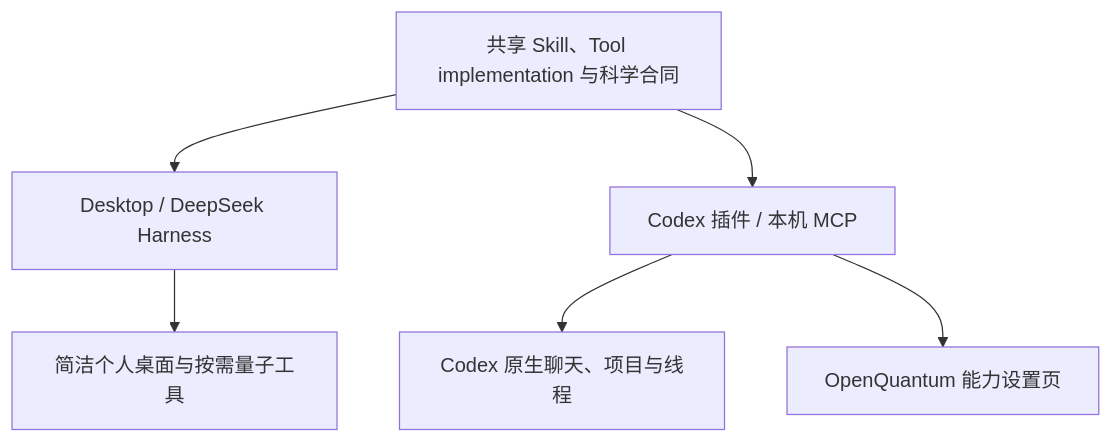
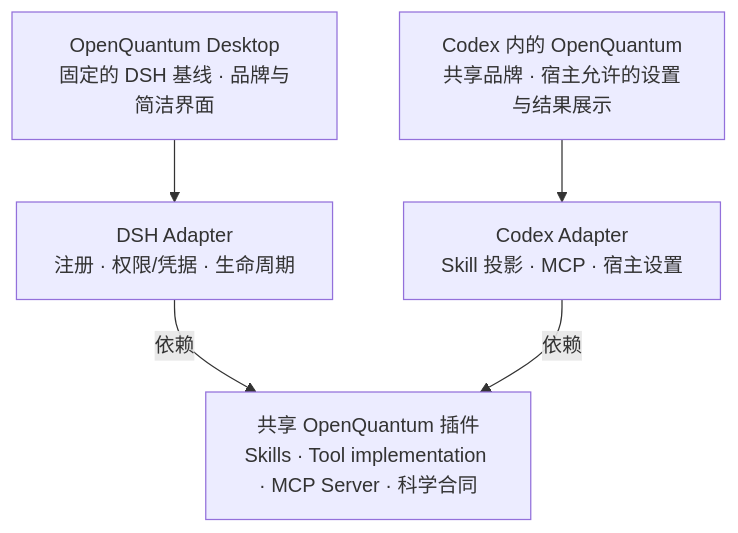
The first of 2 diagrams in docs/README.md (xi-zhao/OpenQuantum), drawn with Mermaid before and after one commit. The commit also changed other lines of this file and 126 other files, not shown here.

````diff
--- a/docs/README.md
+++ b/docs/README.md
@@ -19,8 +20,10 @@
 ```mermaid
 flowchart TB
-  S[共享 Skill、Tool implementation 与科学合同] --> D[Desktop / DeepSeek Harness]
-  S --> C[Codex 插件 / 本机 MCP]
-  D --> L[简洁个人桌面与按需量子工具]
-  C --> H[Codex 原生聊天、项目与线程]
-  C --> P[OpenQuantum 能力设置页]
+  S[共享 OpenQuantum 插件<br/>Skills · Tool implementation · MCP Server · 科学合同]
+  D[DSH Adapter<br/>注册 · 权限/凭据 · 生命周期]
+  C[Codex Adapter<br/>Skill 投影 · MCP · 宿主设置]
+  D -->|依赖| S
+  C -->|依赖| S
+  B[OpenQuantum Desktop<br/>固定的 DSH 基线 · 品牌与简洁界面] --> D
+  P[Codex 内的 OpenQuantum<br/>共享品牌 · 宿主允许的设置与结果展示] --> C
 ```
````
